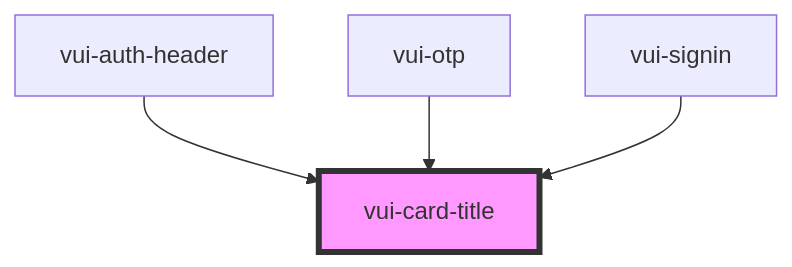
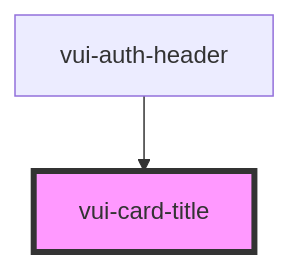
One commit to verite-team/verite-elements changed the diagram in packages/stencil-library/src/components/card/readme.md. Above: the diagram before and after it, drawn with Mermaid. The commit also changed other lines of this file and 29 other files, not shown here.

````diff
--- a/packages/stencil-library/src/components/card/readme.md
+++ b/packages/stencil-library/src/components/card/readme.md
@@ -31,7 +29,5 @@
 ```mermaid
 graph TD;
   vui-auth-header --> vui-card-title
-  vui-otp --> vui-card-title
-  vui-signin --> vui-card-title
   style vui-card-title fill:#f9f,stroke:#333,stroke-width:4px
 ```
````
